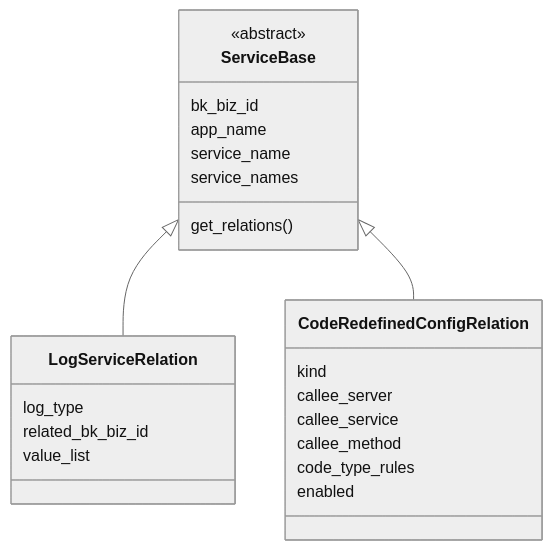
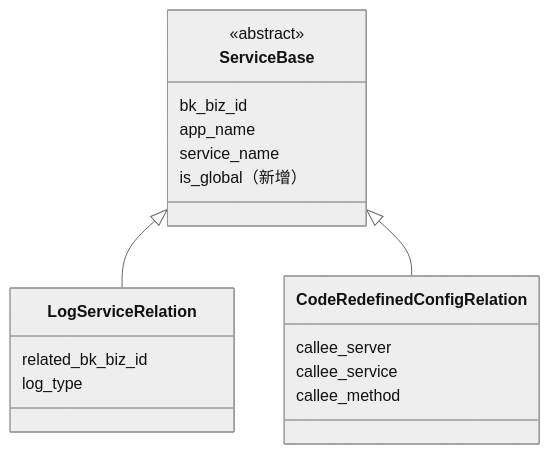
One commit to ZhuoZhuoCrayon/ai-workspace changed the first of 2 diagrams in knowledge/bkmonitor/issues/2026-03-04-apm-app-level-config/PLAN.md. Above: the diagram before and after it, drawn with Mermaid (neutral theme). The commit also changed other lines of this file, not shown here.

First line of the commit message:
docs(bkmonitor): refine APM app-level config PLAN with is_global and query/write convergence

````diff
--- a/knowledge/bkmonitor/issues/2026-03-04-apm-app-level-config/PLAN.md
+++ b/knowledge/bkmonitor/issues/2026-03-04-apm-app-level-config/PLAN.md
@@ -26,27 +37,22 @@
 ```mermaid
 classDiagram
     class ServiceBase {
         <<abstract>>
         bk_biz_id
         app_name
         service_name
-        service_names
-        get_relations()
+        is_global（新增）
     }
     class LogServiceRelation {
+        related_bk_biz_id
         log_type
-        related_bk_biz_id
-        value_list
     }
     class CodeRedefinedConfigRelation {
-        kind
         callee_server
         callee_service
         callee_method
-        code_type_rules
-        enabled
     }
 
     ServiceBase <|-- LogServiceRelation
     ServiceBase <|-- CodeRedefinedConfigRelation
 ```
````
